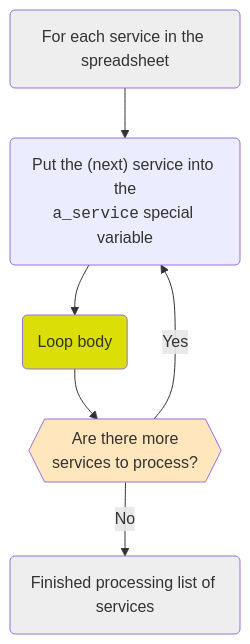
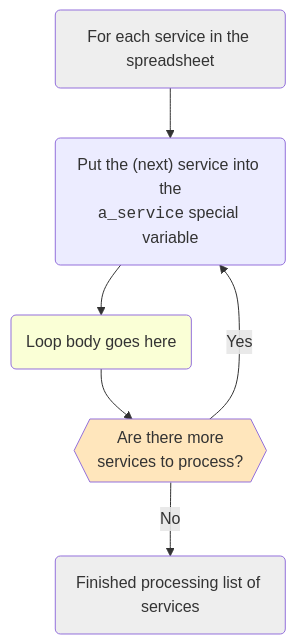
One commit to FlindersLaw/textbook changed the fifth of 7 diagrams in textbook-source/docs/textbook/chapter_06/filtering/00-10.mdx. Above: the diagram before and after it, drawn with Mermaid. The commit also changed other lines of this file, not shown here.

````diff
--- a/textbook-source/docs/textbook/chapter_06/filtering/00-10.mdx
+++ b/textbook-source/docs/textbook/chapter_06/filtering/00-10.mdx
@@ -153,24 +153,22 @@
 ```mermaid
 flowchart TD;
     id0(For each service in the spreadsheet)
     id0 --> id0a("Put the (next) service into the<br><code>a_service</code> special variable")
-    id0a --> id1(Loop body)
-    id1 --> id4{{Are there more<br>services to process?}}
+    id0a --> idl0
+    idl0(Loop body goes here)
+    idl0 --> id4{{Are there more<br>services to process?}}
     id4 -- Yes --> id0a
     id4 -- No --> id5(Finished processing list of services)
     
     %% Define styles for flowchart items.  We want to make comments yellow
     %% and have a larger font size for regular items
     classDef commentClass fill:#faffd6,text-align:left
     classDef questionClass fill:#ffe6bc
     classDef boundaryClass fill:#eeeeee,text-fill-color:#fff
     classDef itemClass font-size:16pt
     classDef leftListClass text-align:left
 
-    %% Custom class for this flowchart 
-    classDef loopBodyClass fill:#dbdf07,text-align:left
-
     class id0,id5 boundaryClass;
     class id4 questionClass;
-    class id1 loopBodyClass;
+    class idl0 commentClass;
 ```
````
